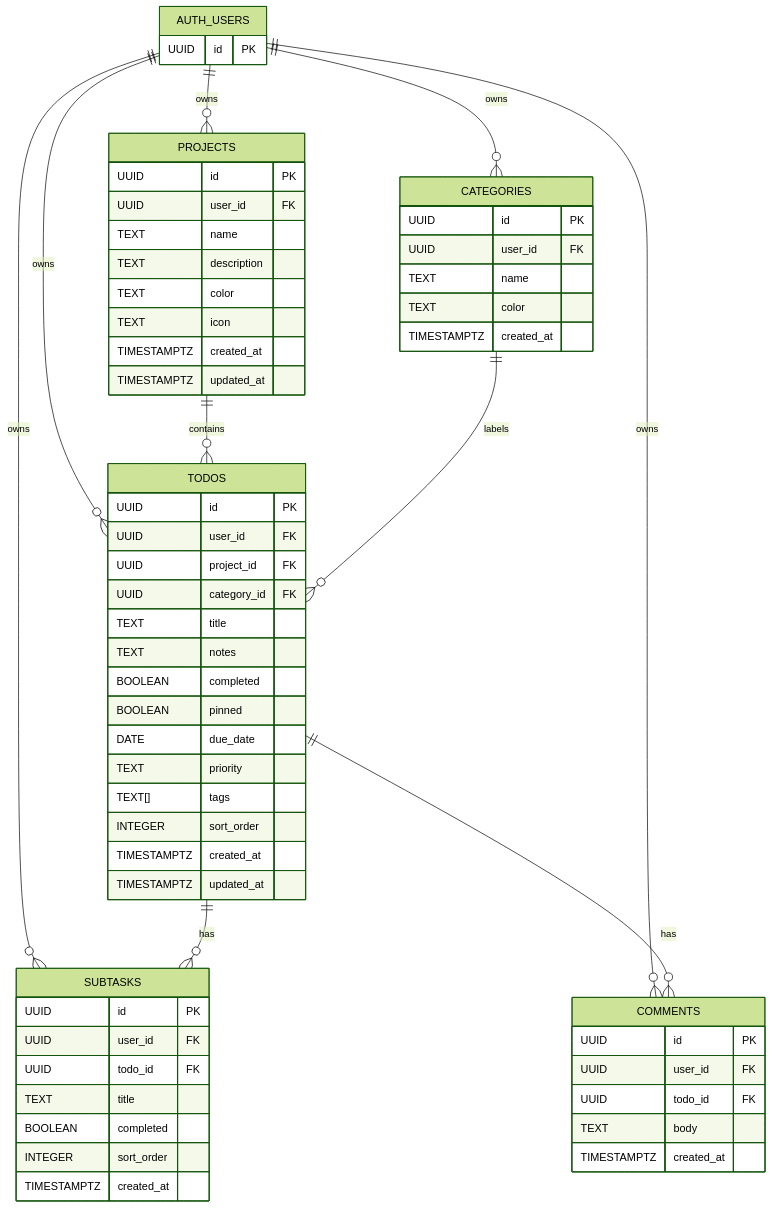
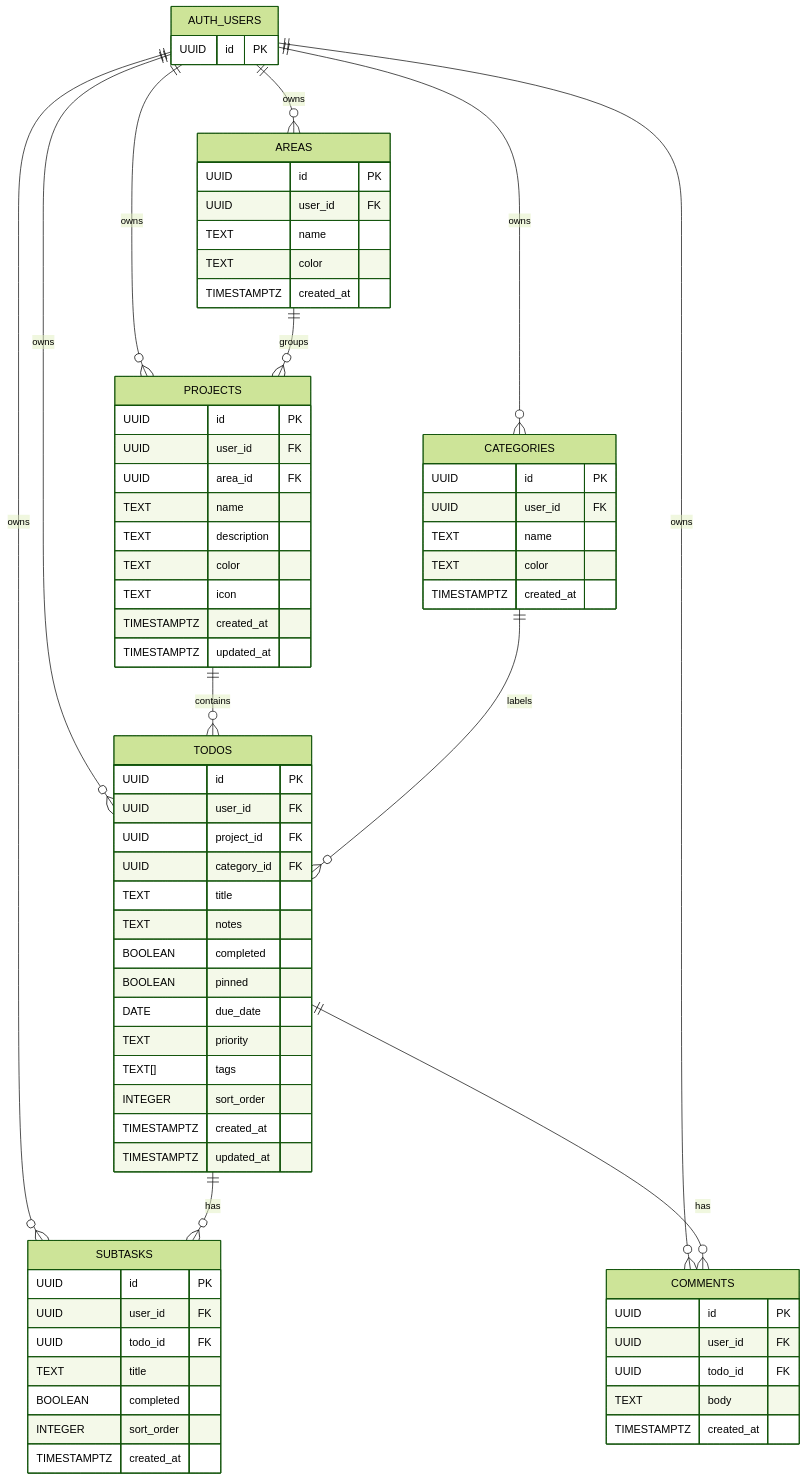
The diagram in README.md (jude-n/upnext), drawn with Mermaid (forest theme) before and after one commit. The commit also changed other lines of this file and 3 other files, not shown here.

````diff
--- a/README.md
+++ b/README.md
@@ -25,65 +26,75 @@
 ```mermaid
 erDiagram
     AUTH_USERS {
         UUID id PK
     }
+    AREAS {
+        UUID id PK
+        UUID user_id FK
+        TEXT name
+        TEXT color
+        TIMESTAMPTZ created_at
+    }
     PROJECTS {
         UUID id PK
         UUID user_id FK
+        UUID area_id FK
         TEXT name
         TEXT description
         TEXT color
         TEXT icon
         TIMESTAMPTZ created_at
         TIMESTAMPTZ updated_at
     }
     CATEGORIES {
         UUID id PK
         UUID user_id FK
         TEXT name
         TEXT color
         TIMESTAMPTZ created_at
     }
     TODOS {
         UUID id PK
         UUID user_id FK
         UUID project_id FK
         UUID category_id FK
         TEXT title
         TEXT notes
         BOOLEAN completed
         BOOLEAN pinned
         DATE due_date
         TEXT priority
         TEXT[] tags
         INTEGER sort_order
         TIMESTAMPTZ created_at
         TIMESTAMPTZ updated_at
     }
     SUBTASKS {
         UUID id PK
         UUID user_id FK
         UUID todo_id FK
         TEXT title
         BOOLEAN completed
         INTEGER sort_order
         TIMESTAMPTZ created_at
     }
     COMMENTS {
         UUID id PK
         UUID user_id FK
         UUID todo_id FK
         TEXT body
         TIMESTAMPTZ created_at
     }
 
+    AUTH_USERS ||--o{ AREAS      : owns
     AUTH_USERS ||--o{ PROJECTS   : owns
     AUTH_USERS ||--o{ CATEGORIES : owns
     AUTH_USERS ||--o{ TODOS      : owns
     AUTH_USERS ||--o{ SUBTASKS   : owns
     AUTH_USERS ||--o{ COMMENTS   : owns
+    AREAS      ||--o{ PROJECTS   : groups
     PROJECTS   ||--o{ TODOS      : contains
     CATEGORIES ||--o{ TODOS      : labels
     TODOS      ||--o{ SUBTASKS   : has
     TODOS      ||--o{ COMMENTS   : has
 ```
````
